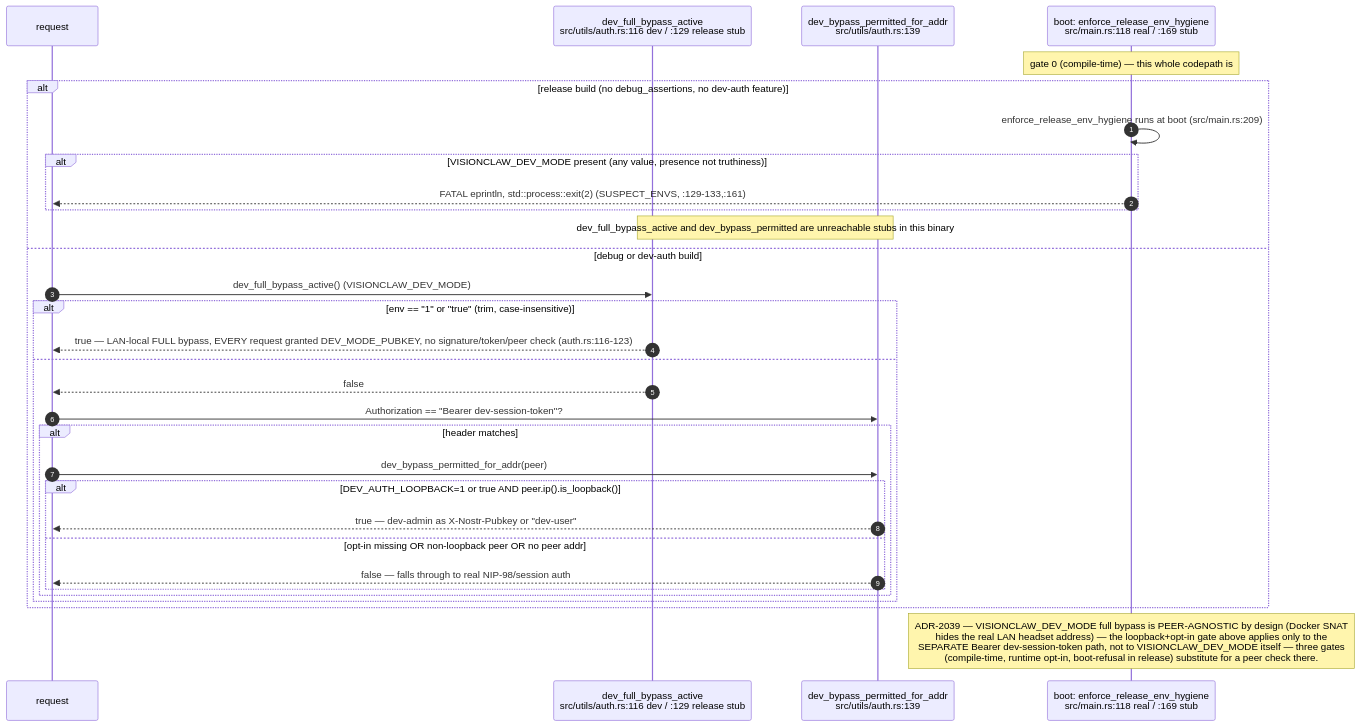
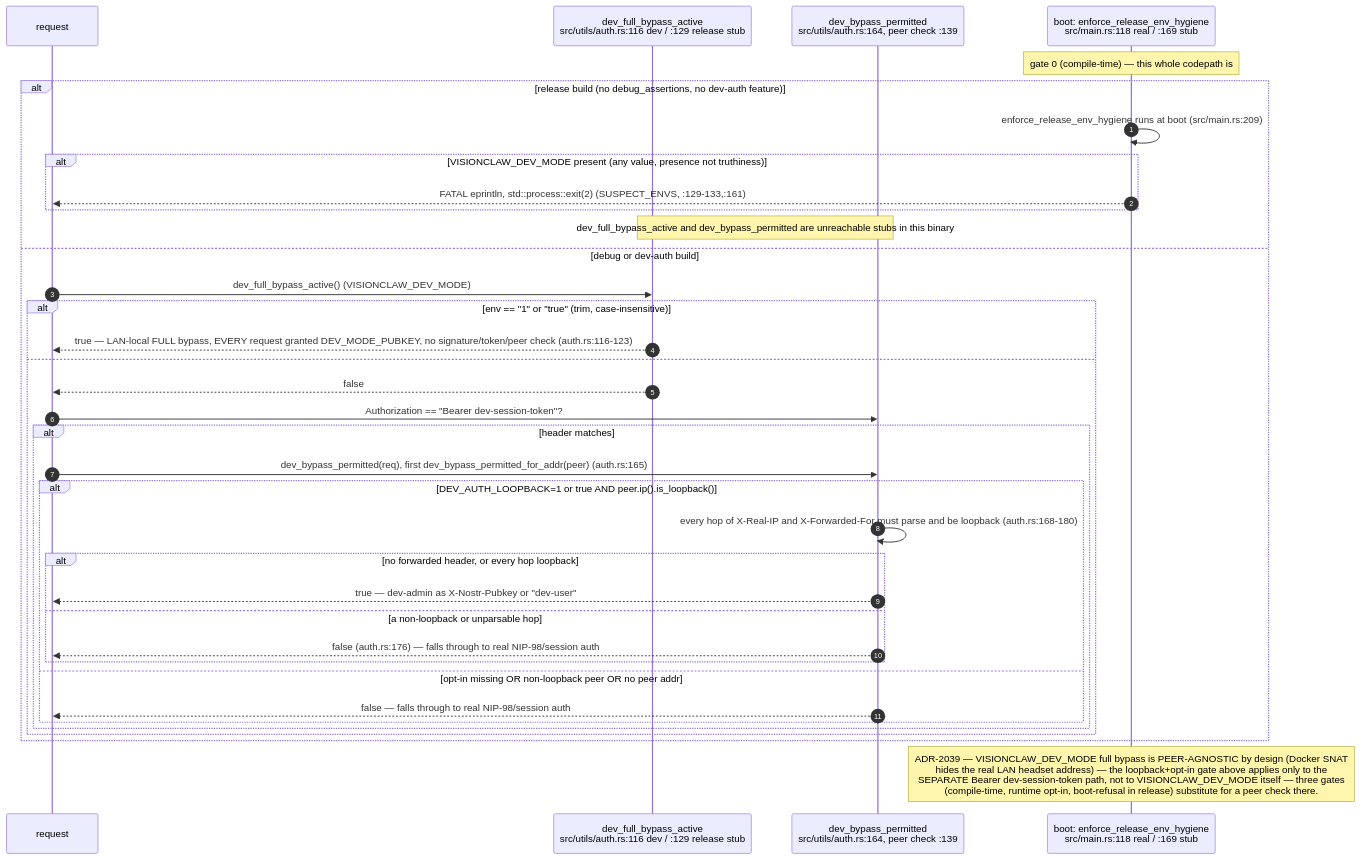
The tenth of 15 diagrams in docs/diagrams/visionclaw/03-request-lifecycle-and-rbac.md (DreamLab-AI/VisionFlow), drawn with Mermaid before and after one commit. The commit also changed other lines of this file and 7 other files, not shown here.

````diff
--- a/docs/diagrams/visionclaw/03-request-lifecycle-and-rbac.md
+++ b/docs/diagrams/visionclaw/03-request-lifecycle-and-rbac.md
@@ -503,34 +514,39 @@
 ```mermaid
 sequenceDiagram
     autonumber
     participant R as request
     participant A as dev_full_bypass_active<br/>src/utils/auth.rs:116 dev / :129 release stub
-    participant L as dev_bypass_permitted_for_addr<br/>src/utils/auth.rs:139
+    participant L as dev_bypass_permitted<br/>src/utils/auth.rs:164, peer check :139
     participant B as boot: enforce_release_env_hygiene<br/>src/main.rs:118 real / :169 stub
 
     Note over B: gate 0 (compile-time) — this whole codepath is #[cfg(any(debug_assertions,#quot —dev-auth#quot —))]<br/>compiled OUT of a release binary entirely — release stub always returns false/None
     alt release build (no debug_assertions, no dev-auth feature)
         B->>B: enforce_release_env_hygiene runs at boot (src/main.rs:209)
         alt VISIONCLAW_DEV_MODE present (any value, presence not truthiness)
             B-->>R: FATAL eprintln, std::process::exit(2) (SUSPECT_ENVS, :129-133,:161)
         end
         Note over A,L: dev_full_bypass_active and dev_bypass_permitted are unreachable stubs in this binary
     else debug or dev-auth build
         R->>A: dev_full_bypass_active() (VISIONCLAW_DEV_MODE)
         alt env == "1" or "true" (trim, case-insensitive)
             A-->>R: true — LAN-local FULL bypass, EVERY request granted DEV_MODE_PUBKEY, no signature/token/peer check (auth.rs:116-123)
         else
             A-->>R: false
             R->>L: Authorization == "Bearer dev-session-token"?
             alt header matches
-                R->>L: dev_bypass_permitted_for_addr(peer)
+                R->>L: dev_bypass_permitted(req), first dev_bypass_permitted_for_addr(peer) (auth.rs:165)
                 alt DEV_AUTH_LOOPBACK=1 or true AND peer.ip().is_loopback()
-                    L-->>R: true — dev-admin as X-Nostr-Pubkey or "dev-user"
+                    L->>L: every hop of X-Real-IP and X-Forwarded-For must parse and be loopback (auth.rs:168-180)
+                    alt no forwarded header, or every hop loopback
+                        L-->>R: true — dev-admin as X-Nostr-Pubkey or "dev-user"
+                    else a non-loopback or unparsable hop
+                        L-->>R: false (auth.rs:176) — falls through to real NIP-98/session auth
+                    end
                 else opt-in missing OR non-loopback peer OR no peer addr
                     L-->>R: false — falls through to real NIP-98/session auth
                 end
             end
         end
     end
     Note over B: ADR-2039 — VISIONCLAW_DEV_MODE full bypass is PEER-AGNOSTIC by design (Docker SNAT<br/>hides the real LAN headset address) — the loopback+opt-in gate above applies only to the<br/>SEPARATE Bearer dev-session-token path, not to VISIONCLAW_DEV_MODE itself — three gates<br/>(compile-time, runtime opt-in, boot-refusal in release) substitute for a peer check there.
 ```
````
